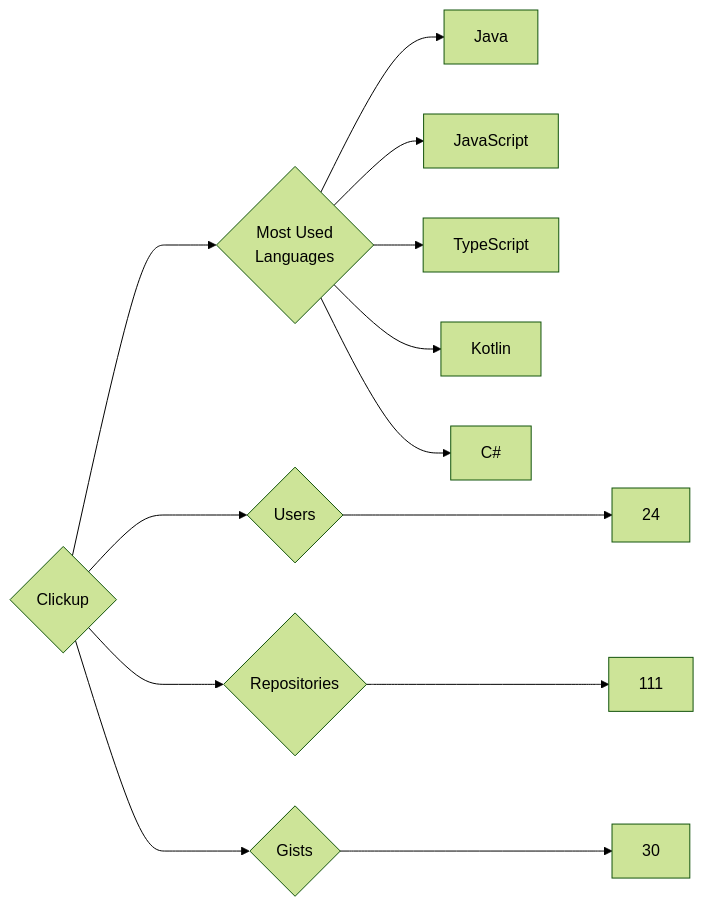
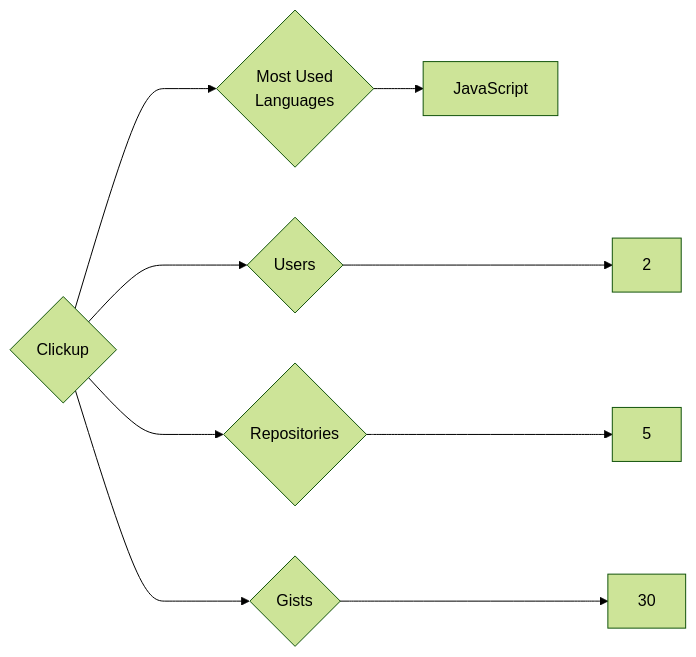
One commit to trickest/insiders changed the diagram in targets/Clickup/README.md. Above: the diagram before and after it, drawn with Mermaid (forest theme). The commit also changed 899 other files, not shown here.

````diff
--- a/targets/Clickup/README.md
+++ b/targets/Clickup/README.md
@@ -3,13 +3,9 @@
 ```mermaid
 graph LR
 COMPANY_NAME{Clickup}
-COMPANY_NAME ---> U{Users} ---> UN[24]
-COMPANY_NAME ---> R{Repositories} ---> RN[111]
+COMPANY_NAME ---> U{Users} ---> UN[2]
+COMPANY_NAME ---> R{Repositories} ---> RN[5]
 COMPANY_NAME ---> G{Gists} ---> GN[30]
 COMPANY_NAME ---> ML{Most Used<br>Languages}
-ML --> Java[Java]
 ML --> JavaScript[JavaScript]
-ML --> TypeScript[TypeScript]
-ML --> Kotlin[Kotlin]
-ML --> C#[C#]
 ```
````
